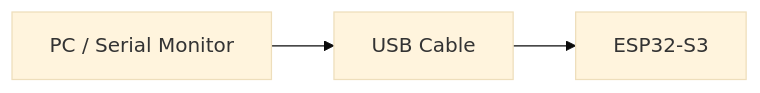
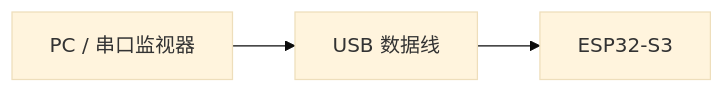
Before and after one commit to BJQXS-High-School-Team/heat: the first of 3 diagrams in docs/serial_s3.md, drawn with Mermaid (base theme). The commit also changed other lines of this file and 10 other files, not shown here.

````diff
--- a/docs/serial_s3.md
+++ b/docs/serial_s3.md
@@ -7,8 +7,8 @@
 ```mermaid
 flowchart LR
-    PC["PC / Serial Monitor"]
-    USB["USB Cable"]
+    PC["PC / 串口监视器"]
+    USB["USB 数据线"]
     S3["ESP32-S3"]
 
     PC --> USB --> S3
 ```
````
